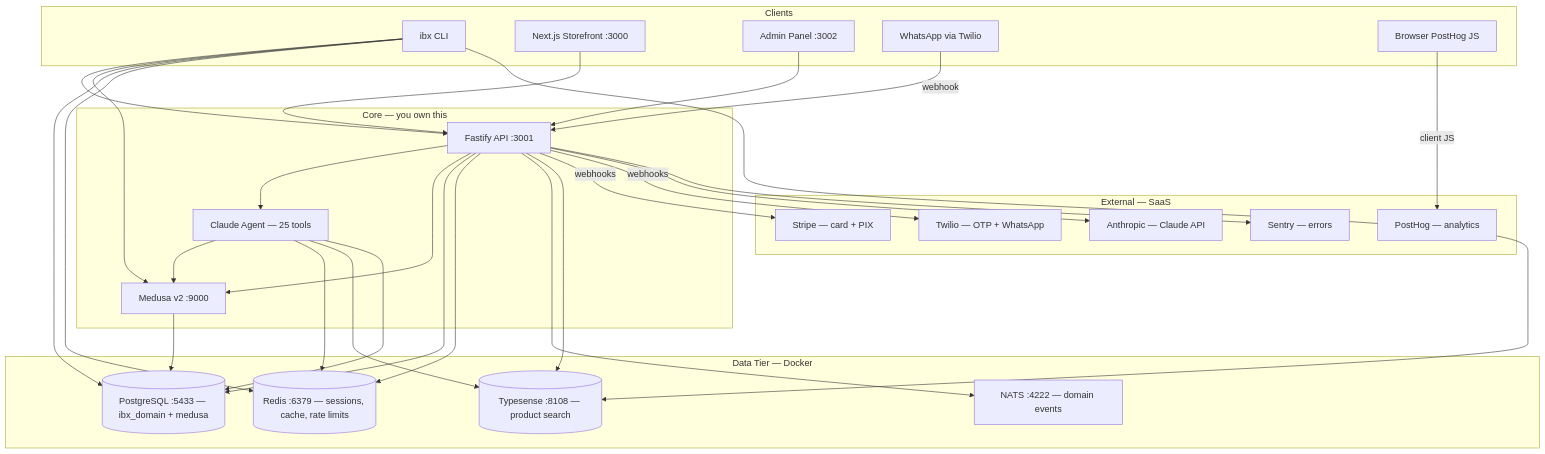
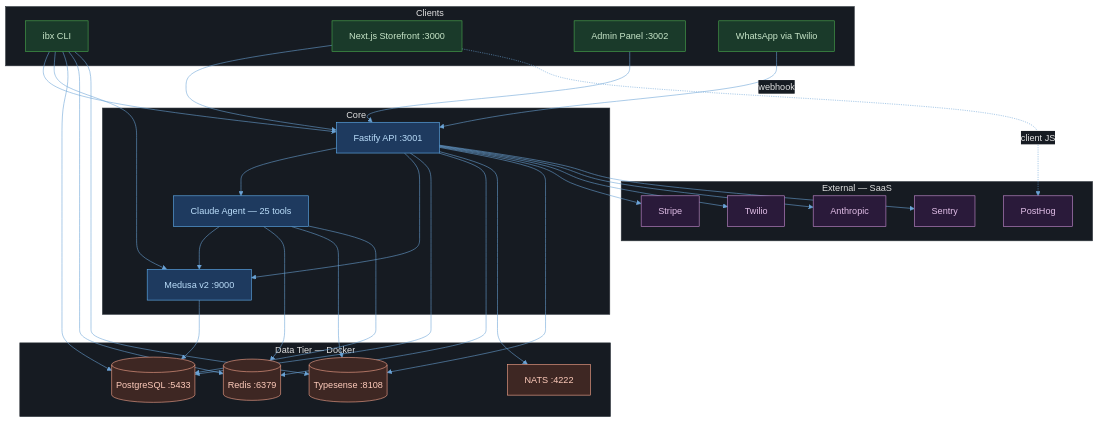
The first of 4 diagrams in docs/ARCHITECTURE.md (BrunoRodolpho/ibatexas), drawn with Mermaid before and after one commit. The commit also changed other lines of this file, not shown here.

First line of the commit message:
fix(docs): improve Mermaid diagram colors for dark mode readability

````diff
--- a/docs/ARCHITECTURE.md
+++ b/docs/ARCHITECTURE.md
@@ -11,43 +11,59 @@
 ```mermaid
+%%{init: {'theme': 'base', 'themeVariables': {'primaryColor': '#1e3a5f', 'primaryTextColor': '#e0e0e0', 'primaryBorderColor': '#4a90d9', 'lineColor': '#6ba3d6', 'secondaryColor': '#2d4a22', 'tertiaryColor': '#4a3060', 'background': '#0d1117', 'mainBkg': '#161b22', 'nodeBorder': '#4a90d9', 'clusterBkg': '#161b22', 'clusterBorder': '#30363d', 'titleColor': '#e0e0e0', 'edgeLabelBackground': '#161b22'}}}%%
 graph TD
   subgraph Clients
     CLI["ibx CLI"]
     WEB["Next.js Storefront :3000"]
     ADMIN["Admin Panel :3002"]
     WA["WhatsApp via Twilio"]
-    BROWSER["Browser PostHog JS"]
   end
 
-  subgraph "Core — you own this"
+  subgraph Core
     API["Fastify API :3001"]
     AGENT["Claude Agent — 25 tools"]
     MEDUSA["Medusa v2 :9000"]
   end
 
-  subgraph "Data Tier — Docker"
-    PG[("PostgreSQL :5433 — ibx_domain + medusa")]
-    REDIS[("Redis :6379 — sessions, cache, rate limits")]
-    TS[("Typesense :8108 — product search")]
-    NATS["NATS :4222 — domain events"]
+  subgraph Data["Data Tier — Docker"]
+    PG[("PostgreSQL :5433")]
+    REDIS[("Redis :6379")]
+    TS[("Typesense :8108")]
+    NATS["NATS :4222"]
   end
 
-  subgraph "External — SaaS"
-    STRIPE["Stripe — card + PIX"]
-    TWILIO["Twilio — OTP + WhatsApp"]
-    ANTHROPIC["Anthropic — Claude API"]
-    POSTHOG["PostHog — analytics"]
-    SENTRY["Sentry — errors"]
+  subgraph External["External — SaaS"]
+    STRIPE["Stripe"]
+    TWILIO["Twilio"]
+    ANTHROPIC["Anthropic"]
+    POSTHOG["PostHog"]
+    SENTRY["Sentry"]
   end
 
   CLI --> API & MEDUSA & PG & REDIS & TS
   WEB --> API
   ADMIN --> API
   WA -->|webhook| API
-  BROWSER -->|client JS| POSTHOG
   API --> AGENT
   API --> MEDUSA & PG & REDIS & NATS & TS
-  API -->|webhooks| STRIPE & TWILIO
-  API --> ANTHROPIC & SENTRY
+  API --> STRIPE & TWILIO & ANTHROPIC & SENTRY
   AGENT --> MEDUSA & REDIS & TS & PG
   MEDUSA --> PG
+  WEB -.->|client JS| POSTHOG
+
+  style CLI fill:#1a3a2a,stroke:#4caf50,color:#c8e6c9
+  style WEB fill:#1a3a2a,stroke:#4caf50,color:#c8e6c9
+  style ADMIN fill:#1a3a2a,stroke:#4caf50,color:#c8e6c9
+  style WA fill:#1a3a2a,stroke:#4caf50,color:#c8e6c9
+  style API fill:#1e3a5f,stroke:#64b5f6,color:#bbdefb
+  style AGENT fill:#1e3a5f,stroke:#64b5f6,color:#bbdefb
+  style MEDUSA fill:#1e3a5f,stroke:#64b5f6,color:#bbdefb
+  style PG fill:#3e2723,stroke:#ffab91,color:#ffccbc
+  style REDIS fill:#3e2723,stroke:#ffab91,color:#ffccbc
+  style TS fill:#3e2723,stroke:#ffab91,color:#ffccbc
+  style NATS fill:#3e2723,stroke:#ffab91,color:#ffccbc
+  style STRIPE fill:#2a1a3a,stroke:#ce93d8,color:#e1bee7
+  style TWILIO fill:#2a1a3a,stroke:#ce93d8,color:#e1bee7
+  style ANTHROPIC fill:#2a1a3a,stroke:#ce93d8,color:#e1bee7
+  style POSTHOG fill:#2a1a3a,stroke:#ce93d8,color:#e1bee7
+  style SENTRY fill:#2a1a3a,stroke:#ce93d8,color:#e1bee7
 ```
````
